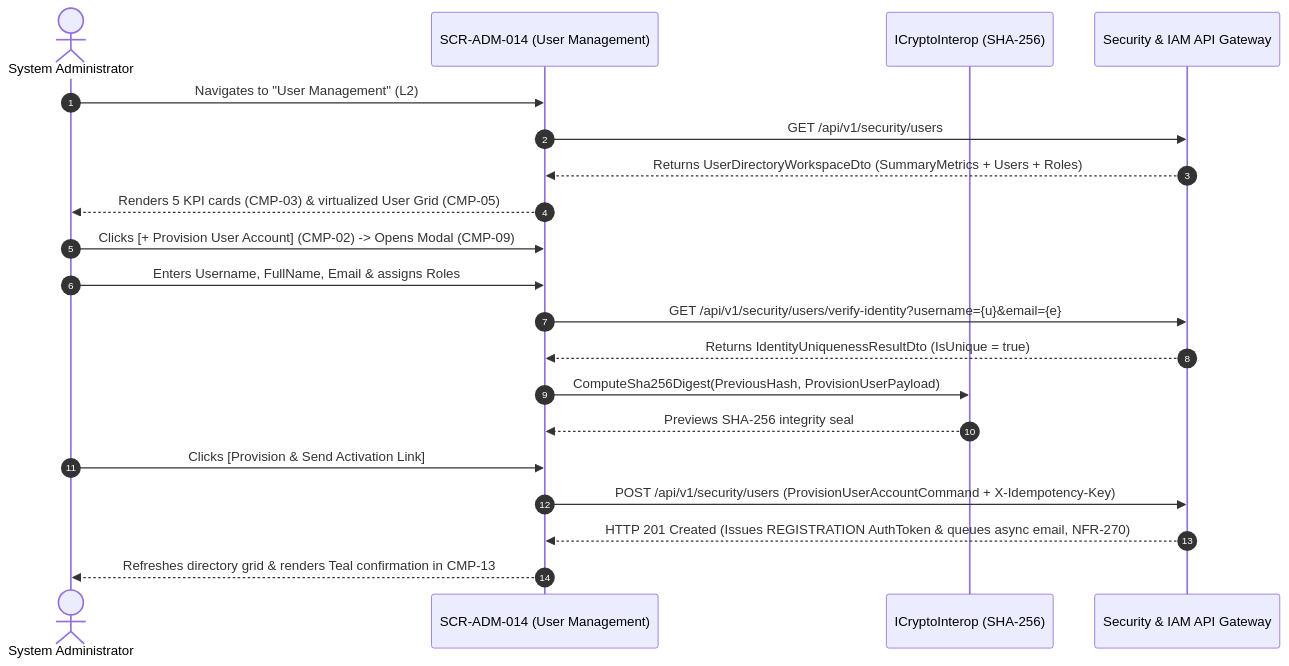
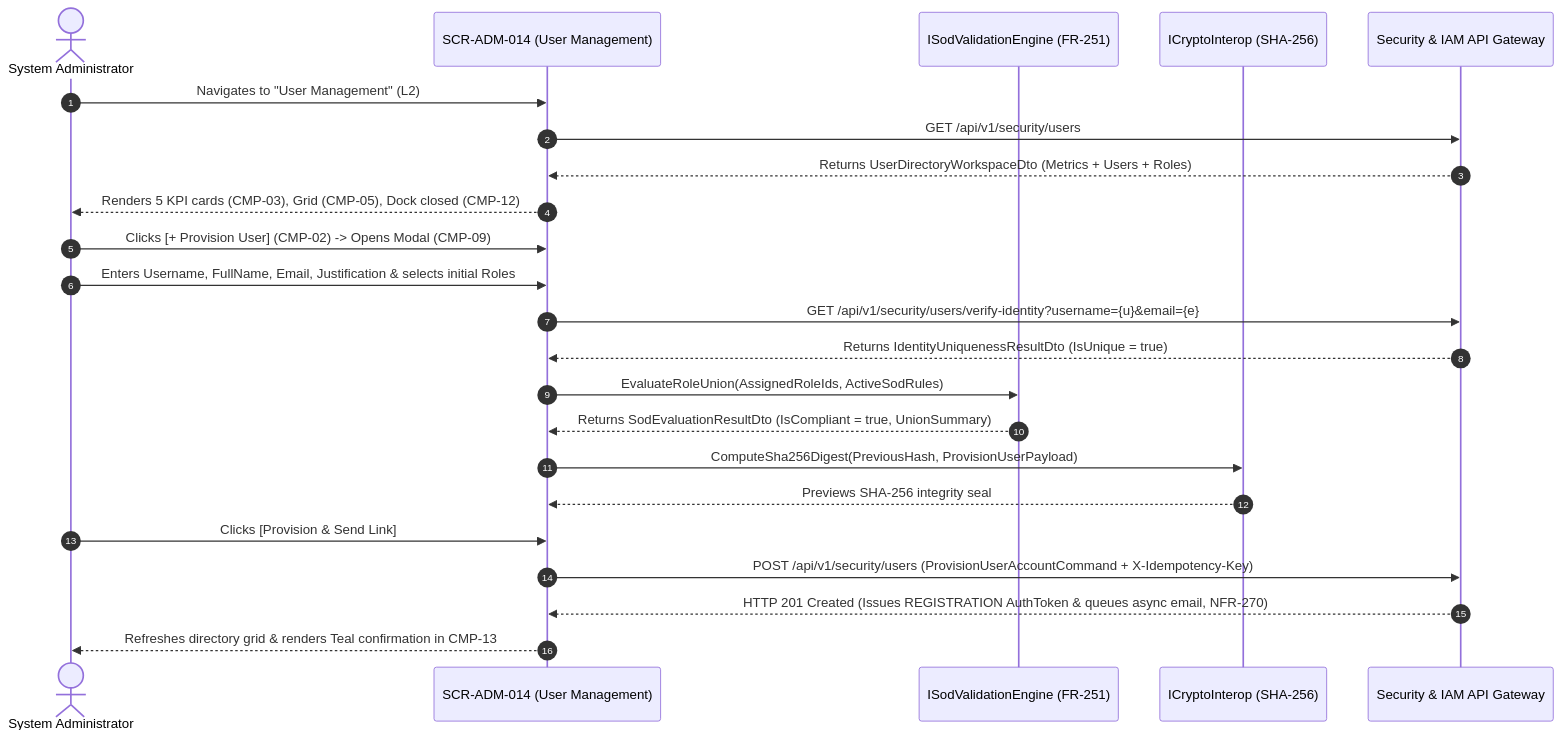
Before and after one commit to Novav20/adso-dteam-docs: the diagram in ui-ux/screens/adm/SCR-ADM-014.md, drawn with Mermaid. The commit also changed other lines of this file and 4 other files, not shown here.

````diff
--- a/ui-ux/screens/adm/SCR-ADM-014.md
+++ b/ui-ux/screens/adm/SCR-ADM-014.md
@@ -213,23 +239,26 @@
 ```mermaid
 sequenceDiagram
     autonumber
     actor Admin as System Administrator
     participant UI as SCR-ADM-014 (User Management)
+    participant SoD as ISodValidationEngine (FR-251)
     participant Crypto as ICryptoInterop (SHA-256)
     participant API as Security & IAM API Gateway
 
     Admin->>UI: Navigates to "User Management" (L2)
     UI->>API: GET /api/v1/security/users
-    API-->>UI: Returns UserDirectoryWorkspaceDto (SummaryMetrics + Users + Roles)
-    UI-->>Admin: Renders 5 KPI cards (CMP-03) & virtualized User Grid (CMP-05)
-    Admin->>UI: Clicks [+ Provision User Account] (CMP-02) -> Opens Modal (CMP-09)
-    Admin->>UI: Enters Username, FullName, Email & assigns Roles
+    API-->>UI: Returns UserDirectoryWorkspaceDto (Metrics + Users + Roles)
+    UI-->>Admin: Renders 5 KPI cards (CMP-03), Grid (CMP-05), Dock closed (CMP-12)
+    Admin->>UI: Clicks [+ Provision User] (CMP-02) -> Opens Modal (CMP-09)
+    Admin->>UI: Enters Username, FullName, Email, Justification & selects initial Roles
     UI->>API: GET /api/v1/security/users/verify-identity?username={u}&email={e}
     API-->>UI: Returns IdentityUniquenessResultDto (IsUnique = true)
+    UI->>SoD: EvaluateRoleUnion(AssignedRoleIds, ActiveSodRules)
+    SoD-->>UI: Returns SodEvaluationResultDto (IsCompliant = true, UnionSummary)
     UI->>Crypto: ComputeSha256Digest(PreviousHash, ProvisionUserPayload)
     Crypto-->>UI: Previews SHA-256 integrity seal
-    Admin->>UI: Clicks [Provision & Send Activation Link]
+    Admin->>UI: Clicks [Provision & Send Link]
     UI->>API: POST /api/v1/security/users (ProvisionUserAccountCommand + X-Idempotency-Key)
     API-->>UI: HTTP 201 Created (Issues REGISTRATION AuthToken & queues async email, NFR-270)
     UI-->>Admin: Refreshes directory grid & renders Teal confirmation in CMP-13
 ```
````
